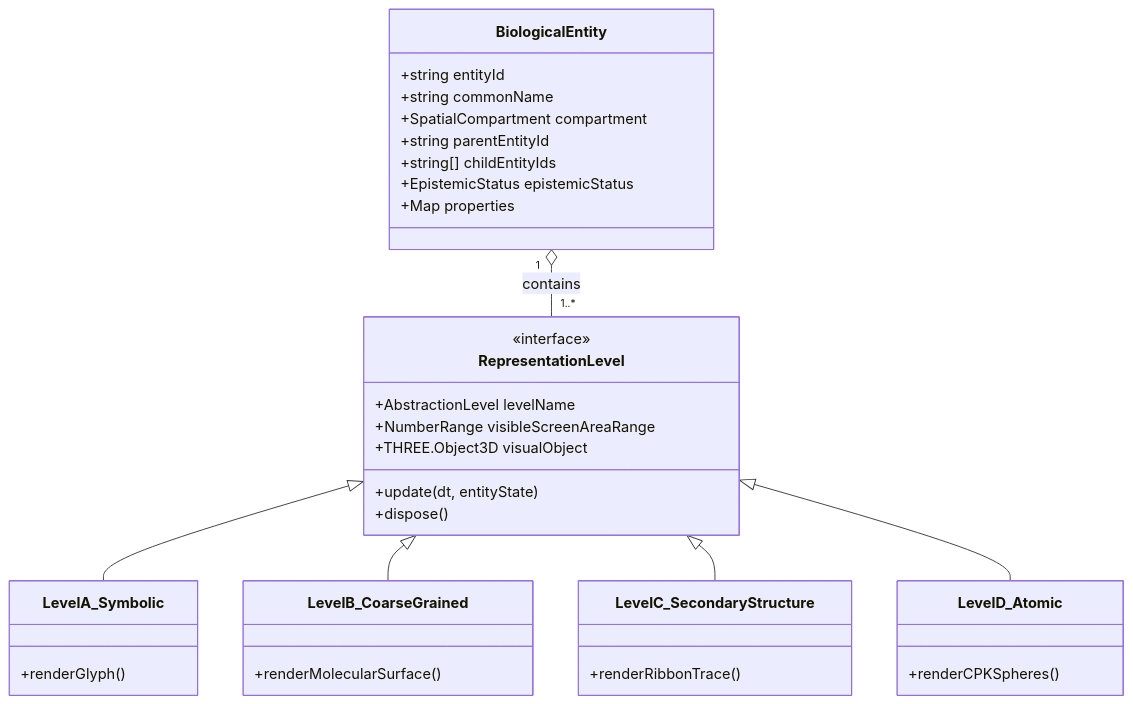
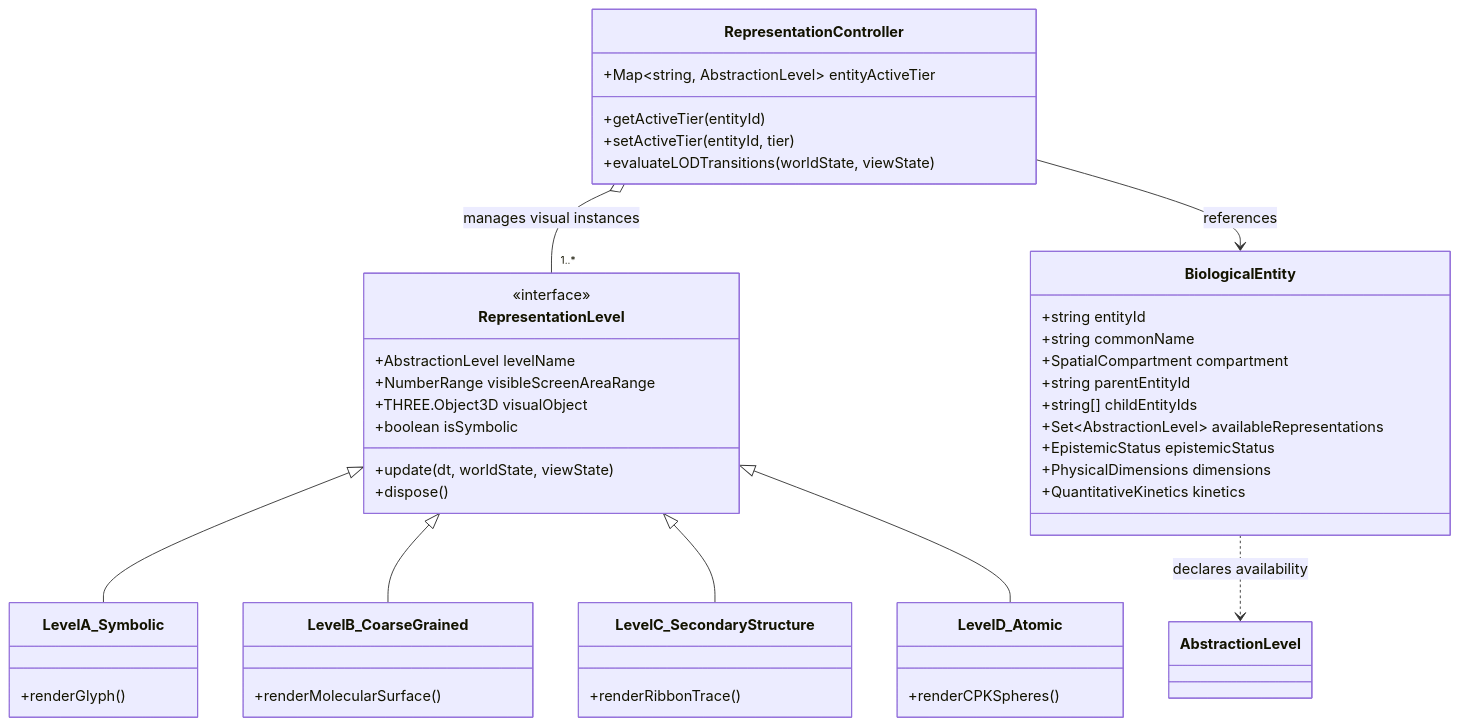
Before and after one commit to thisizkavi-lab/the-seamless-cell: the third of 5 diagrams in docs/V2_ARCHITECTURE_AUDIT.md, drawn with Mermaid. The commit also changed other lines of this file and 1 other file, not shown here.

Commit message:
docs: incorporate Phase 0 final review corrections across architecture audit and Milestone 1 design

````diff
--- a/docs/V2_ARCHITECTURE_AUDIT.md
+++ b/docs/V2_ARCHITECTURE_AUDIT.md
@@ -378,40 +378,52 @@
 ```mermaid
 classDiagram
     class BiologicalEntity {
         +string entityId
         +string commonName
         +SpatialCompartment compartment
         +string parentEntityId
         +string[] childEntityIds
+        +Set~AbstractionLevel~ availableRepresentations
         +EpistemicStatus epistemicStatus
-        +Map properties
+        +PhysicalDimensions dimensions
+        +QuantitativeKinetics kinetics
+    }
+
+    class RepresentationController {
+        +Map~string, AbstractionLevel~ entityActiveTier
+        +getActiveTier(entityId)
+        +setActiveTier(entityId, tier)
+        +evaluateLODTransitions(worldState, viewState)
     }
 
     class RepresentationLevel {
         <<interface>>
         +AbstractionLevel levelName
         +NumberRange visibleScreenAreaRange
         +THREE.Object3D visualObject
-        +update(dt, entityState)
+        +boolean isSymbolic
+        +update(dt, worldState, viewState)
         +dispose()
     }
 
     class LevelA_Symbolic {
         +renderGlyph()
     }
     class LevelB_CoarseGrained {
         +renderMolecularSurface()
     }
     class LevelC_SecondaryStructure {
         +renderRibbonTrace()
     }
     class LevelD_Atomic {
         +renderCPKSpheres()
     }
 
-    BiologicalEntity "1" o-- "1..*" RepresentationLevel : contains
+    BiologicalEntity ..> AbstractionLevel : declares availability
+    RepresentationController o-- "1..*" RepresentationLevel : manages visual instances
+    RepresentationController --> BiologicalEntity : references
     RepresentationLevel <|-- LevelA_Symbolic
     RepresentationLevel <|-- LevelB_CoarseGrained
     RepresentationLevel <|-- LevelC_SecondaryStructure
     RepresentationLevel <|-- LevelD_Atomic
 ```
````
